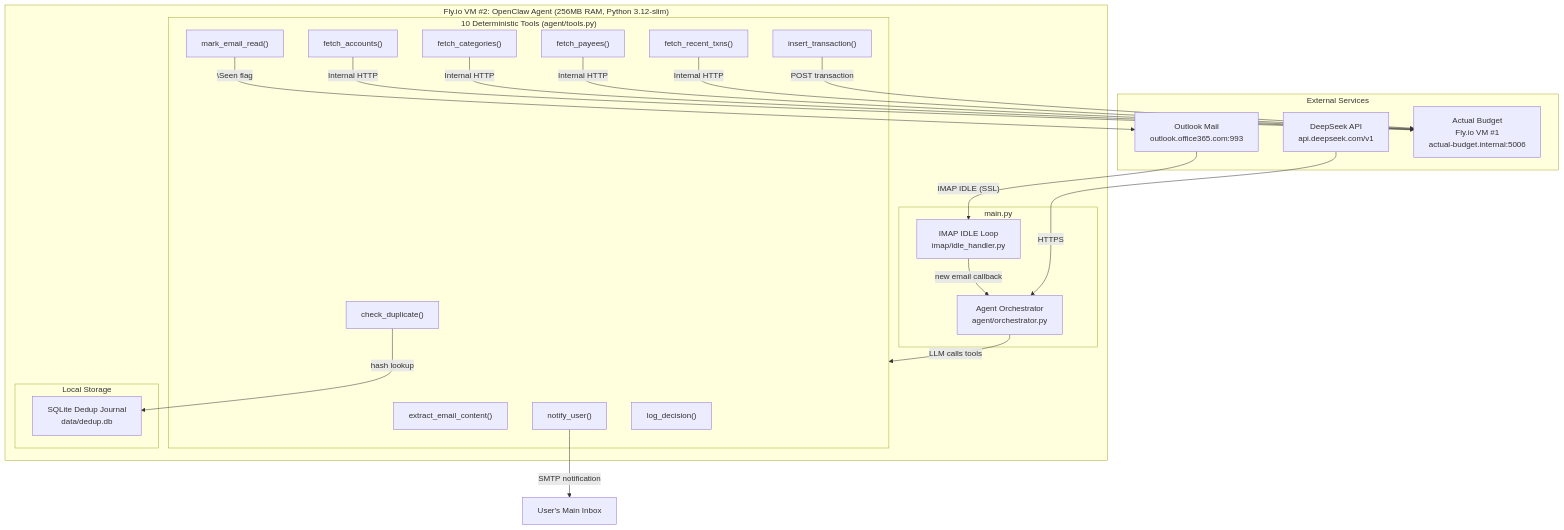
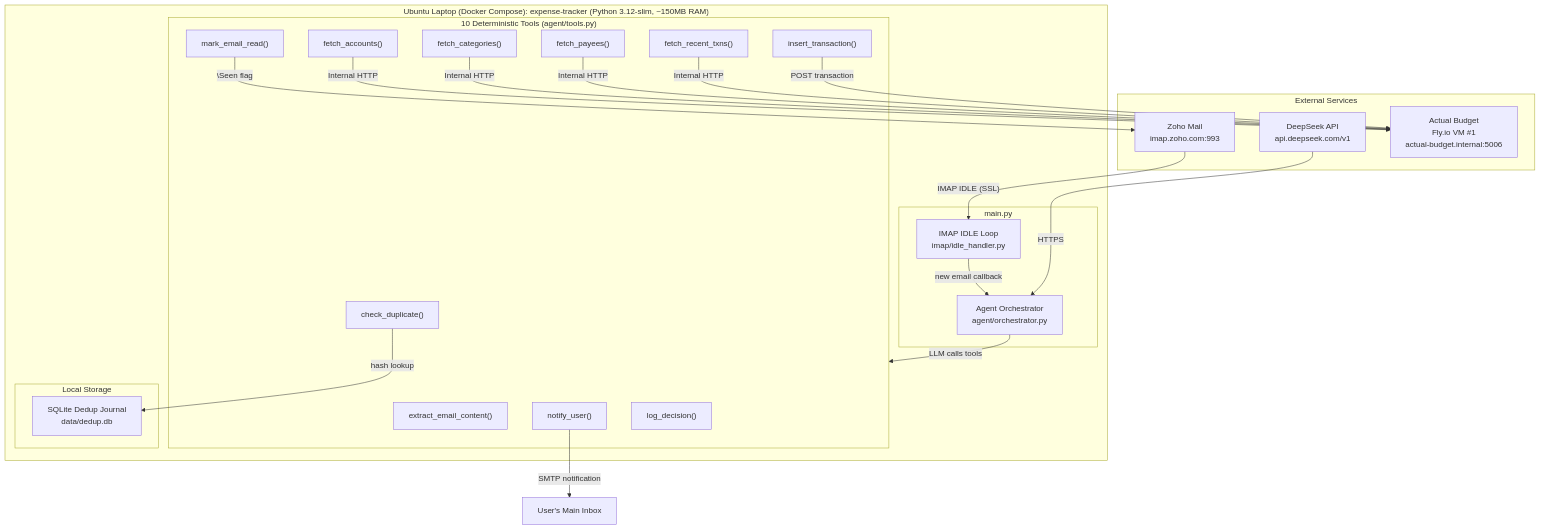
The first of 9 diagrams in design.md (darrencjh8/darren-openclaw), drawn with Mermaid before and after one commit. The commit also changed other lines of this file and 7 other files, not shown here.

First line of the commit message:
fix: align architecture docs with Docker Compose + Zoho deployment

````diff
--- a/design.md
+++ b/design.md
@@ -83,43 +83,43 @@
 ```mermaid
 graph TB
     subgraph External["External Services"]
-        Zoho["Outlook Mail<br/>outlook.office365.com:993"]
+        Zoho["Zoho Mail<br/>imap.zoho.com:993"]
         DeepSeek["DeepSeek API<br/>api.deepseek.com/v1"]
         AB["Actual Budget<br/>Fly.io VM #1<br/>actual-budget.internal:5006"]
     end
 
-    subgraph OpenClaw["Fly.io VM #2: OpenClaw Agent (256MB RAM, Python 3.12-slim)"]
+    subgraph OpenClaw["Ubuntu Laptop (Docker Compose): expense-tracker (Python 3.12-slim, ~150MB RAM)"]
         subgraph Main["main.py"]
             IMAP["IMAP IDLE Loop<br/>imap/idle_handler.py"]
             Orch["Agent Orchestrator<br/>agent/orchestrator.py"]
             IMAP -->|"new email callback"| Orch
         end
 
         subgraph Tools["10 Deterministic Tools (agent/tools.py)"]
             T1["extract_email_content()"]
             T2["fetch_accounts()"]
             T3["fetch_categories()"]
             T4["fetch_payees()"]
             T5["fetch_recent_txns()"]
             T6["insert_transaction()"]
             T7["check_duplicate()"]
             T8["mark_email_read()"]
             T9["notify_user()"]
             T10["log_decision()"]
         end
 
         Orch -->|"LLM calls tools"| Tools
 
         subgraph Storage["Local Storage"]
             SQLite["SQLite Dedup Journal<br/>data/dedup.db"]
         end
     end
 
     Zoho -->|"IMAP IDLE (SSL)"| IMAP
     DeepSeek -->|"HTTPS"| Orch
     T2 & T3 & T4 & T5 -->|"Internal HTTP"| AB
     T6 -->|"POST transaction"| AB
     T7 -->|"hash lookup"| SQLite
     T8 -->|"\Seen flag"| Zoho
     T9 -->|"SMTP notification"| User["User's Main Inbox"]
 ```
````
